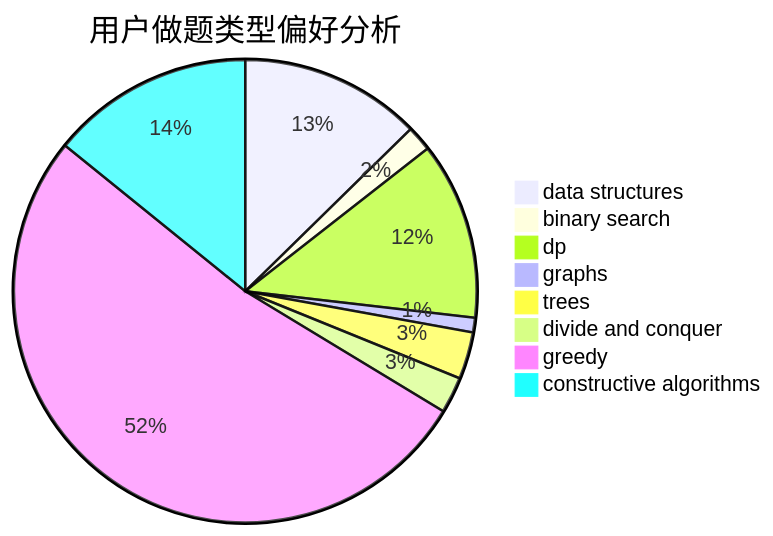
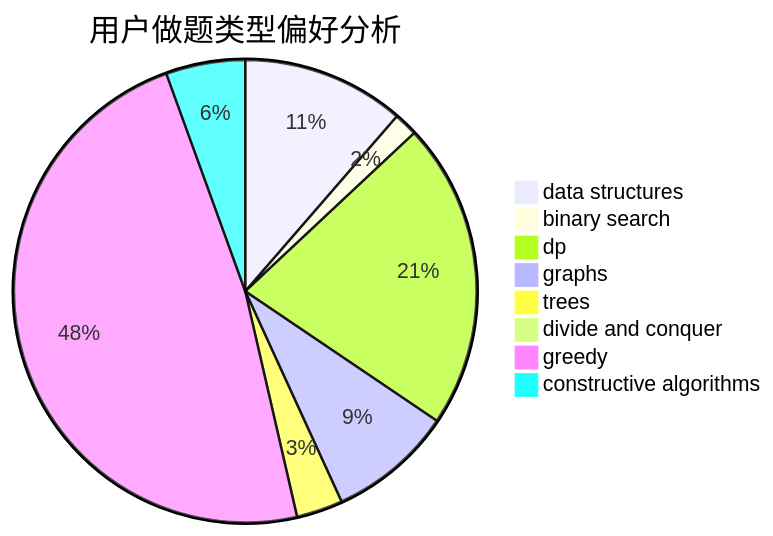
The second of 3 diagrams in docs/user/u967.md (sherpahu/cfrs.github.io), drawn with Mermaid before and after one commit. The commit also changed other lines of this file and 2770 other files, not shown here.

````diff
--- a/docs/user/u967.md
+++ b/docs/user/u967.md
@@ -23,11 +23,11 @@
 ```mermaid
 pie title 用户做题类型偏好分析
-    "data structures" :  50
-    "binary search" :  7
-    "dp" :  49
-    "graphs" :  4
-    "trees" :  13
-    "divide and conquer" :  10
-    "greedy" :  206
-    "constructive algorithms" :  56
+    "data structures" :  158
+    "binary search" :  23
+    "dp" :  298
+    "graphs" :  121
+    "trees" :  45
+    "divide and conquer" :  0
+    "greedy" :  668
+    "constructive algorithms" :  77
 ```
````
